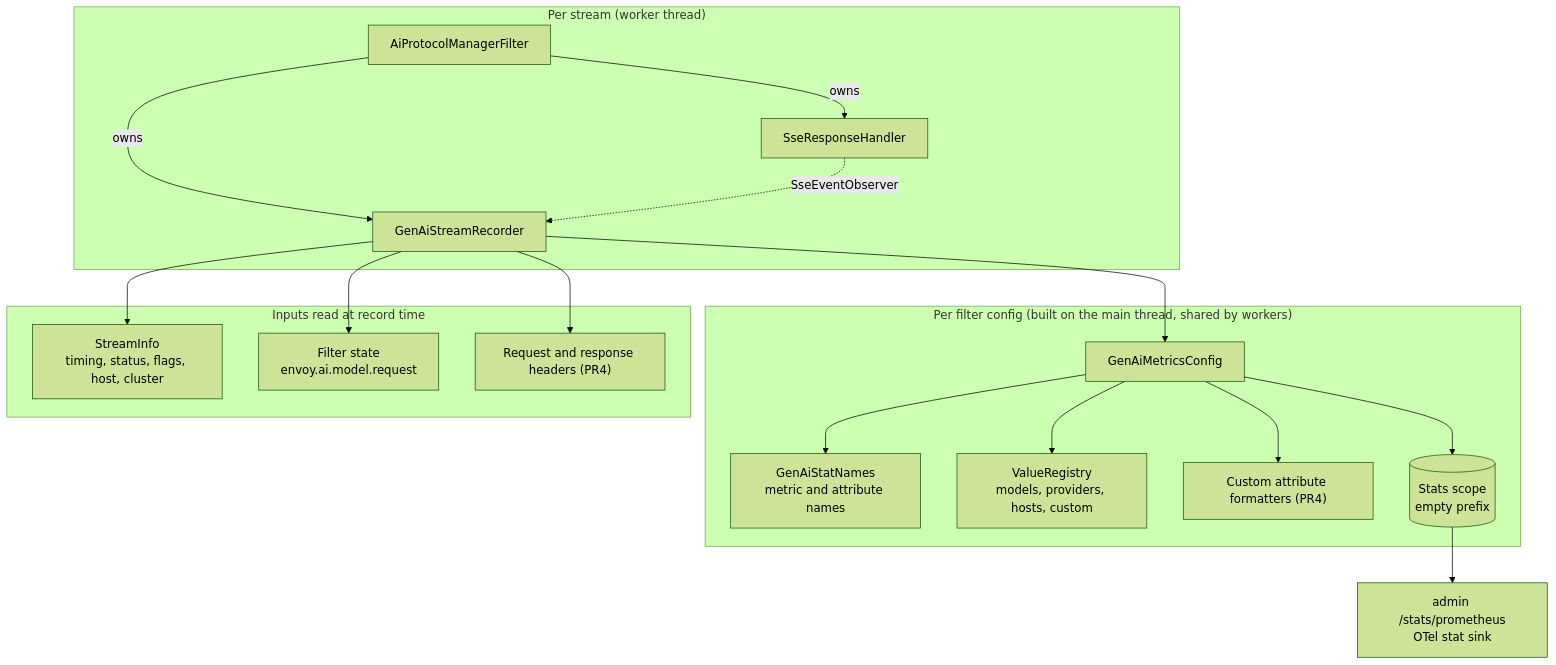
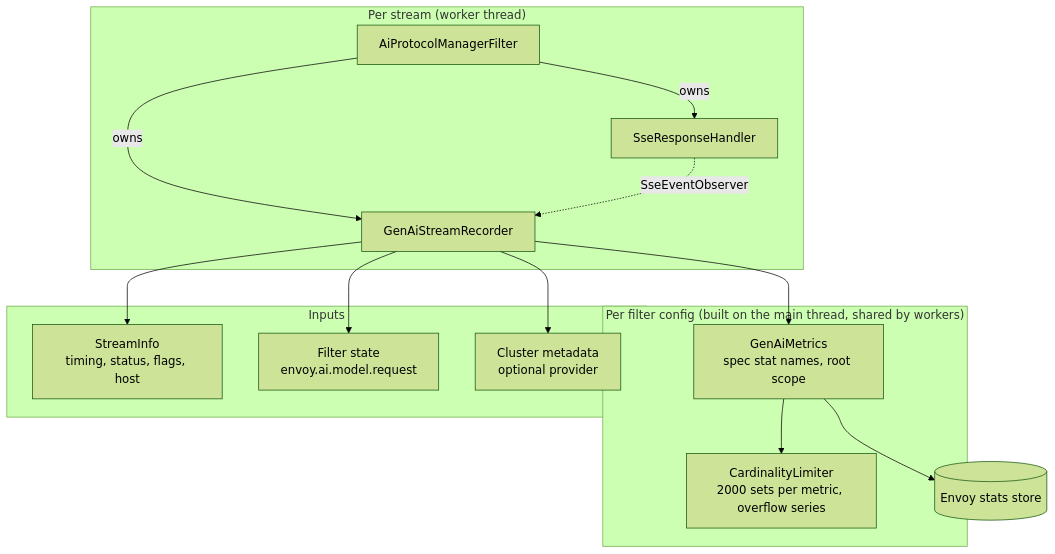
One commit to botengyao/envoy changed the second of 5 diagrams in source/docs/ai_gen_ai_semconv.md. Above: the diagram before and after it, drawn with Mermaid (forest theme). The commit also changed other lines of this file, not shown here.

Commit message:
ai_protocol_manager: make the GenAI metrics plan config-free

````diff
--- a/source/docs/ai_gen_ai_semconv.md
+++ b/source/docs/ai_gen_ai_semconv.md
@@ -105,32 +151,26 @@
 ```mermaid
 flowchart TB
   subgraph shared["Per filter config (built on the main thread, shared by workers)"]
-    gmc["GenAiMetricsConfig"]
-    names["GenAiStatNames<br/>metric and attribute names"]
-    reg["ValueRegistry<br/>models, providers, hosts, custom"]
-    fmt["Custom attribute formatters (PR4)"]
-    scope[("Stats scope<br/>empty prefix")]
-    gmc --> names
-    gmc --> reg
-    gmc --> fmt
-    gmc --> scope
+    gm["GenAiMetrics<br/>spec stat names, root scope"]
+    lim["CardinalityLimiter<br/>2000 sets per metric, overflow series"]
+    gm --> lim
   end
   subgraph stream["Per stream (worker thread)"]
     filter["AiProtocolManagerFilter"]
     handler["SseResponseHandler"]
     rec["GenAiStreamRecorder"]
     filter -->|owns| handler
     filter -->|owns| rec
     handler -.->|SseEventObserver| rec
   end
-  subgraph inputs["Inputs read at record time"]
-    si["StreamInfo<br/>timing, status, flags, host, cluster"]
+  subgraph inputs["Inputs"]
+    si["StreamInfo<br/>timing, status, flags, host"]
     fs["Filter state<br/>envoy.ai.model.request"]
-    hdr["Request and response headers (PR4)"]
+    md["Cluster metadata<br/>optional provider"]
   end
-  rec --> gmc
+  rec --> gm
   rec --> si
   rec --> fs
-  rec --> hdr
-  scope --> out["admin /stats/prometheus<br/>OTel stat sink"]
+  rec --> md
+  gm --> st[("Envoy stats store")]
 ```
````
